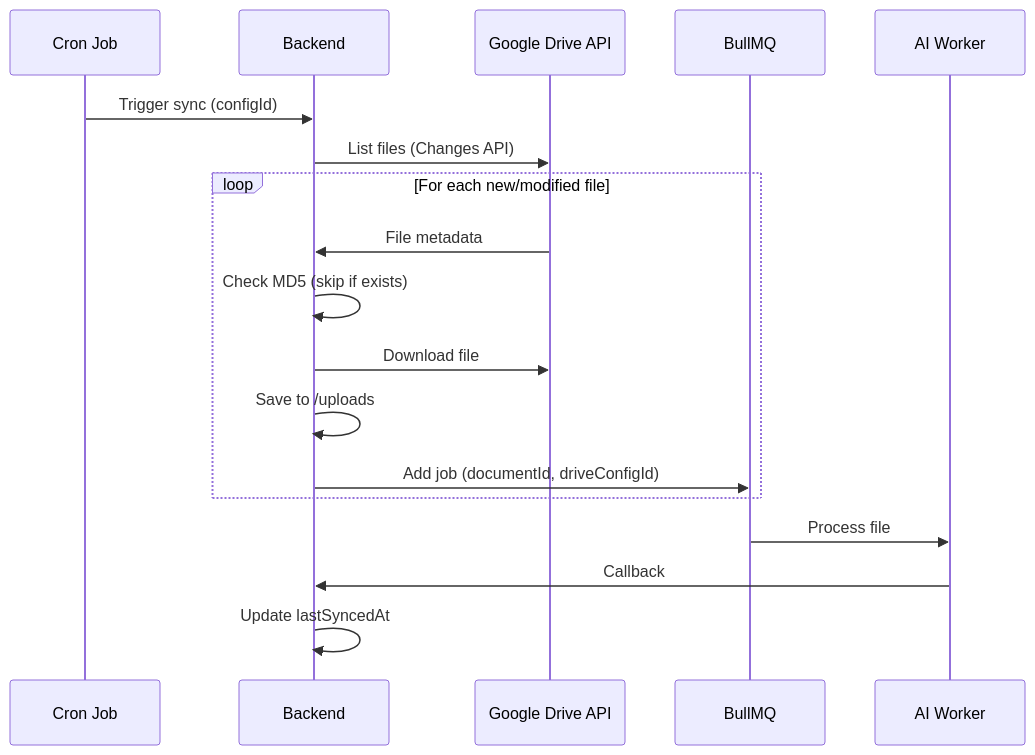
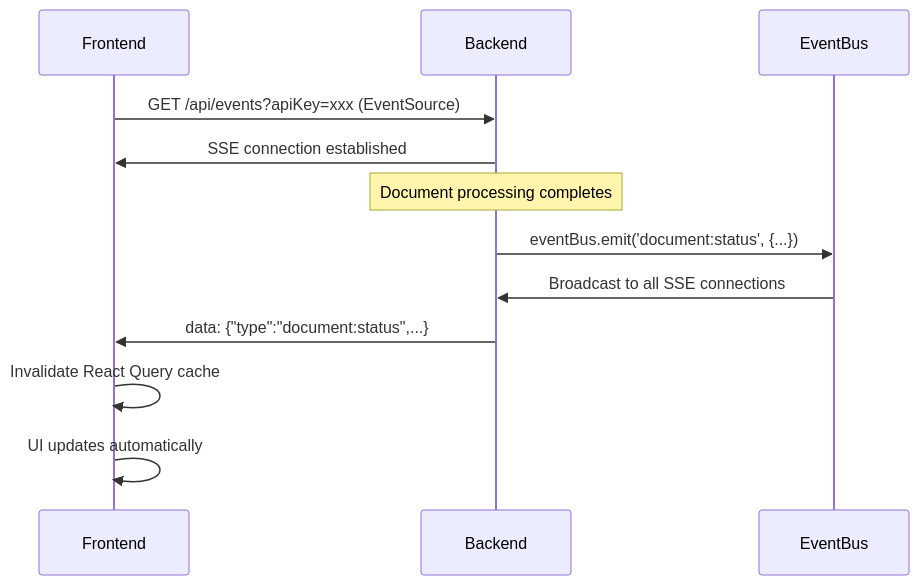
The second of 2 diagrams in docs/SPECS-PHASE2.md (namtroi/RAGBase), drawn with Mermaid before and after one commit. The commit also changed other lines of this file and 2 other files, not shown here.

Commit message:
docs: update Phase 2 documentation to reflect actual implementation (SSE & Multi-format)

````diff
--- a/docs/SPECS-PHASE2.md
+++ b/docs/SPECS-PHASE2.md
@@ -130,23 +124,16 @@
 ```mermaid
 sequenceDiagram
-    participant C as Cron Job
+    participant F as Frontend
     participant B as Backend
-    participant G as Google Drive API
-    participant Q as BullMQ
-    participant W as AI Worker
+    participant E as EventBus
 
-    C->>B: Trigger sync (configId)
-    B->>G: List files (Changes API)
+    F->>B: GET /api/events?apiKey=xxx (EventSource)
+    B->>F: SSE connection established
     
-    loop For each new/modified file
-        G->>B: File metadata
-        B->>B: Check MD5 (skip if exists)
-        B->>G: Download file
-        B->>B: Save to /uploads
-        B->>Q: Add job (documentId, driveConfigId)
-    end
-    
-    Q->>W: Process file
-    W->>B: Callback
-    B->>B: Update lastSyncedAt
+    Note over B: Document processing completes
+    B->>E: eventBus.emit('document:status', {...})
+    E->>B: Broadcast to all SSE connections
+    B->>F: data: {"type":"document:status",...}
+    F->>F: Invalidate React Query cache
+    F->>F: UI updates automatically
 ```
````
